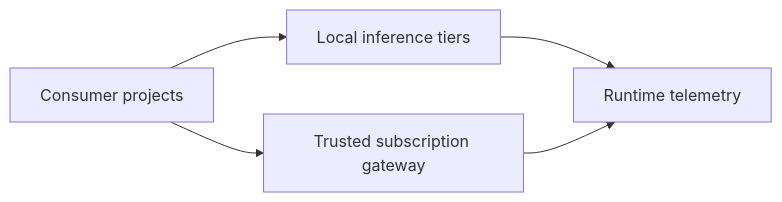
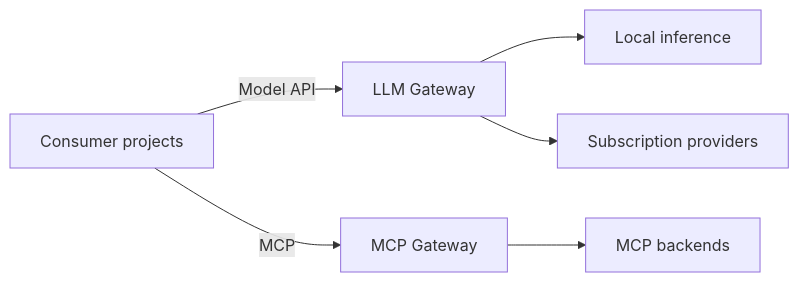
The diagram in README.md (homel-dev/llm-runtime), drawn with Mermaid before and after one commit. The commit also changed other lines of this file and 17 other files, not shown here.

````diff
--- a/README.md
+++ b/README.md
@@ -51,12 +28,11 @@
 ```mermaid
 flowchart LR
     C[Consumer projects]
-    R[Local inference tiers]
-    G[Trusted subscription gateway]
-    P[Runtime telemetry]
 
-    C --> R
-    C --> G
-    R --> P
-    G --> P
+    C -->|Model API| L[LLM Gateway]
+    L --> I[Local inference]
+    L --> P[Subscription providers]
+
+    C -->|MCP| M[MCP Gateway]
+    M --> B[MCP backends]
 ```
````
